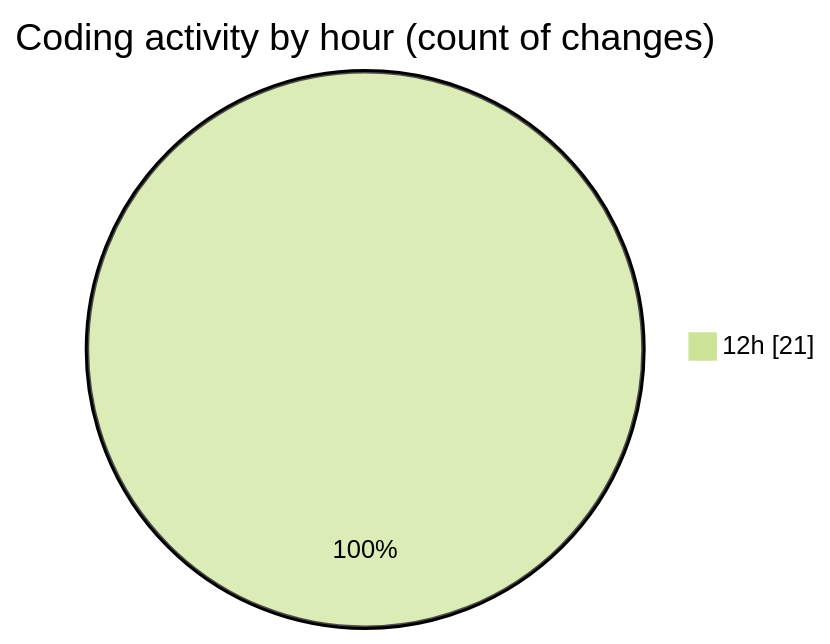
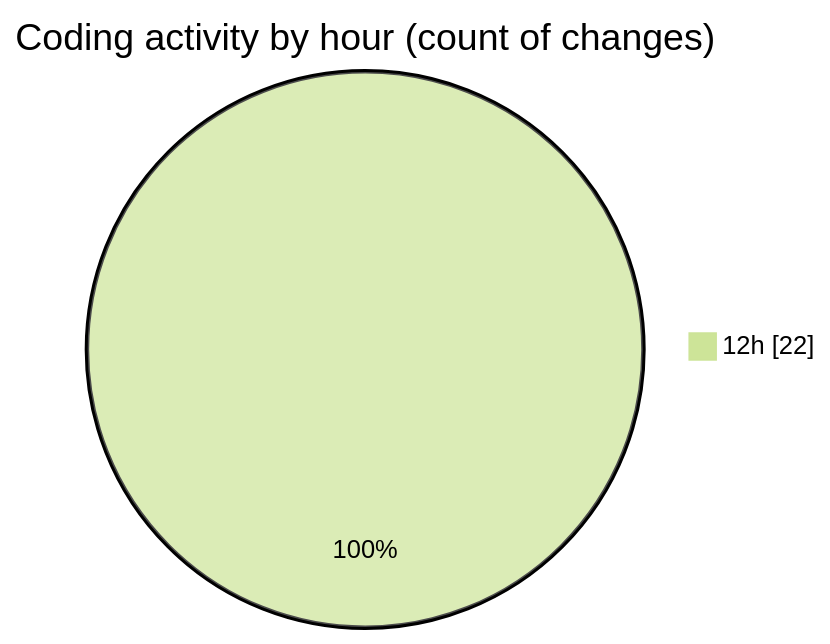
The second of 2 diagrams in 2025-05-16/argos-dev/README.md (nxtqubesakshisongat/code-tracking), drawn with Mermaid (forest theme) before and after one commit. The commit also changed other lines of this file and 1 other file, not shown here.

````diff
--- a/2025-05-16/argos-dev/README.md
+++ b/2025-05-16/argos-dev/README.md
@@ -28,5 +28,5 @@
 ```mermaid
 pie showData
 title Coding activity by hour (count of changes)
-"12h" : 21
+"12h" : 22
 ```
````
